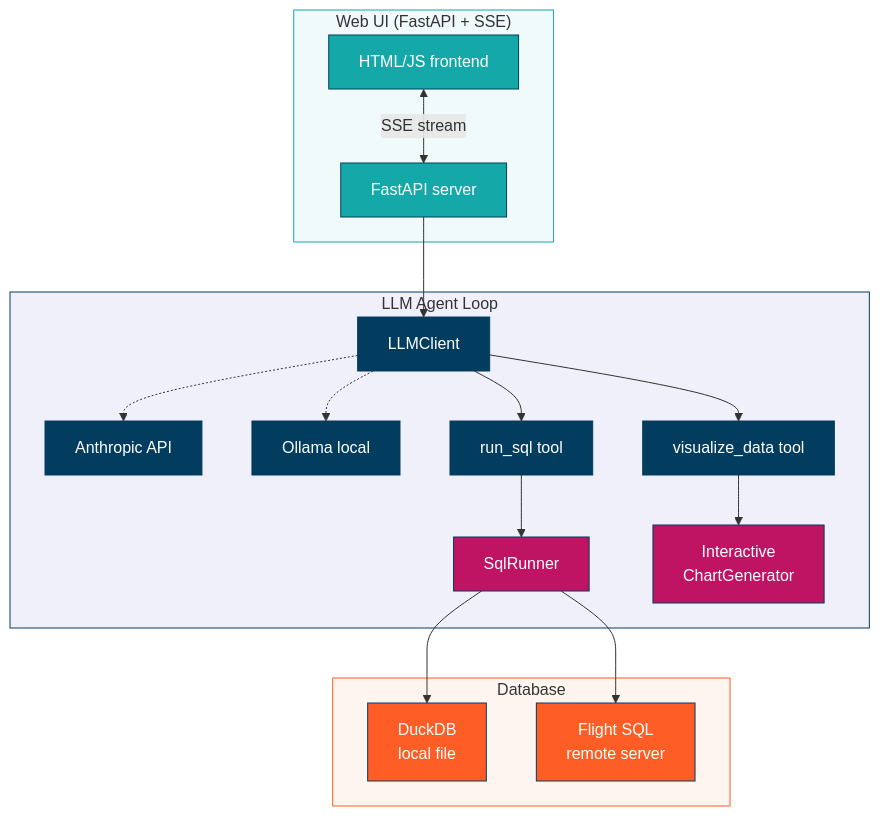
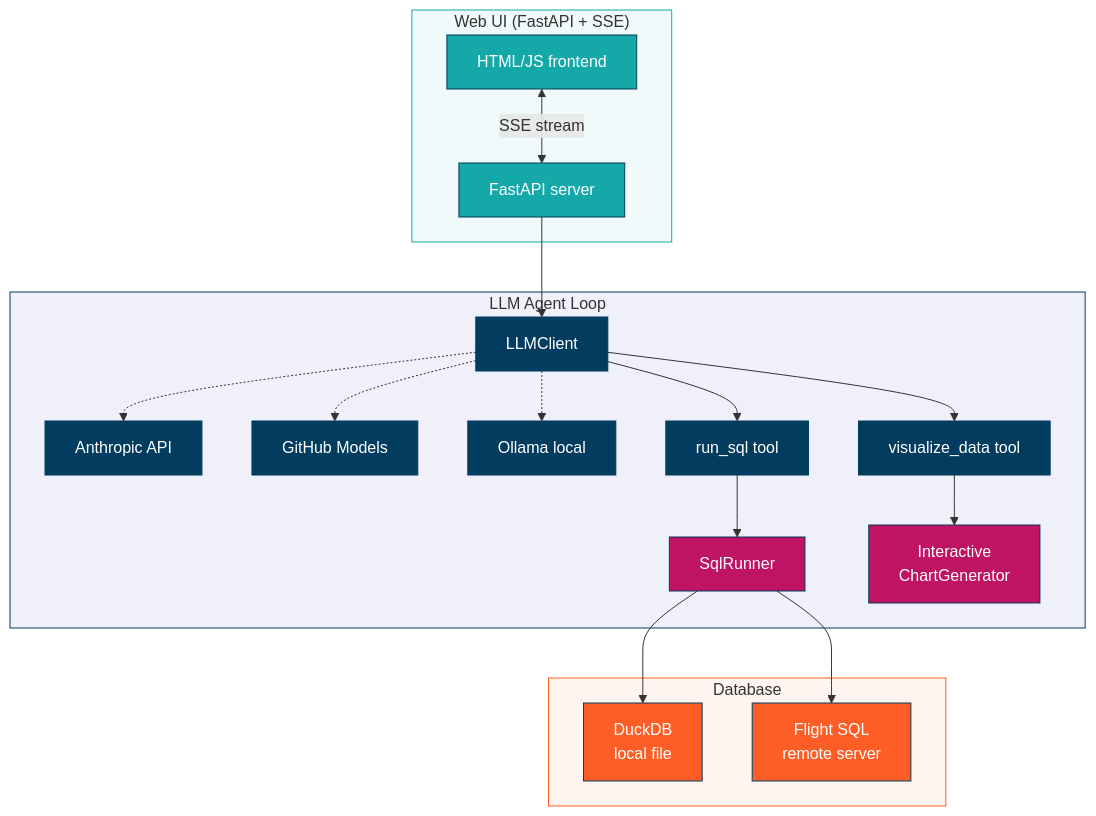
The first of 3 diagrams in docs/tool-developer/architecture.md (dsgrid/datasight), drawn with Mermaid before and after one commit. The commit also changed other lines of this file and 16 other files, not shown here.

First line of the commit message:
Add GitHub Models as LLM provider

````diff
--- a/docs/tool-developer/architecture.md
+++ b/docs/tool-developer/architecture.md
@@ -23,46 +27,49 @@
 ```{mermaid}
 flowchart TB
     subgraph ui ["Web UI (FastAPI + SSE)"]
         WEB[FastAPI server]
         HTML[HTML/JS frontend]
     end
 
     subgraph agent ["LLM Agent Loop"]
         LLM[LLMClient]
         ANTH[Anthropic API]
+        GH[GitHub Models]
         OLL[Ollama local]
         SQL[run_sql tool]
         VIZ[visualize_data tool]
         LLM -.-> ANTH
+        LLM -.-> GH
         LLM -.-> OLL
         SQL --> RUNNER[SqlRunner]
         VIZ --> CHART[Interactive<br>ChartGenerator]
     end
 
     subgraph db ["Database"]
         DUCK[DuckDB<br>local file]
         FLIGHT[Flight SQL<br>remote server]
     end
 
     HTML <-->|SSE stream| WEB
     WEB --> LLM
     LLM --> SQL
     LLM --> VIZ
     RUNNER --> DUCK
     RUNNER --> FLIGHT
 
     style WEB fill:#15a8a8,stroke:#023d60,color:#fff
     style HTML fill:#15a8a8,stroke:#023d60,color:#fff
     style LLM fill:#023d60,stroke:#023d60,color:#fff
     style ANTH fill:#023d60,stroke:#023d60,color:#fff
+    style GH fill:#023d60,stroke:#023d60,color:#fff
     style OLL fill:#023d60,stroke:#023d60,color:#fff
     style SQL fill:#023d60,stroke:#023d60,color:#fff
     style VIZ fill:#023d60,stroke:#023d60,color:#fff
     style RUNNER fill:#bf1363,stroke:#023d60,color:#fff
     style CHART fill:#bf1363,stroke:#023d60,color:#fff
     style DUCK fill:#fe5d26,stroke:#023d60,color:#fff
     style FLIGHT fill:#fe5d26,stroke:#023d60,color:#fff
     style ui fill:#f0fafa,stroke:#15a8a8
     style agent fill:#f0f0fa,stroke:#023d60
     style db fill:#fff5f0,stroke:#fe5d26
 ```
````
